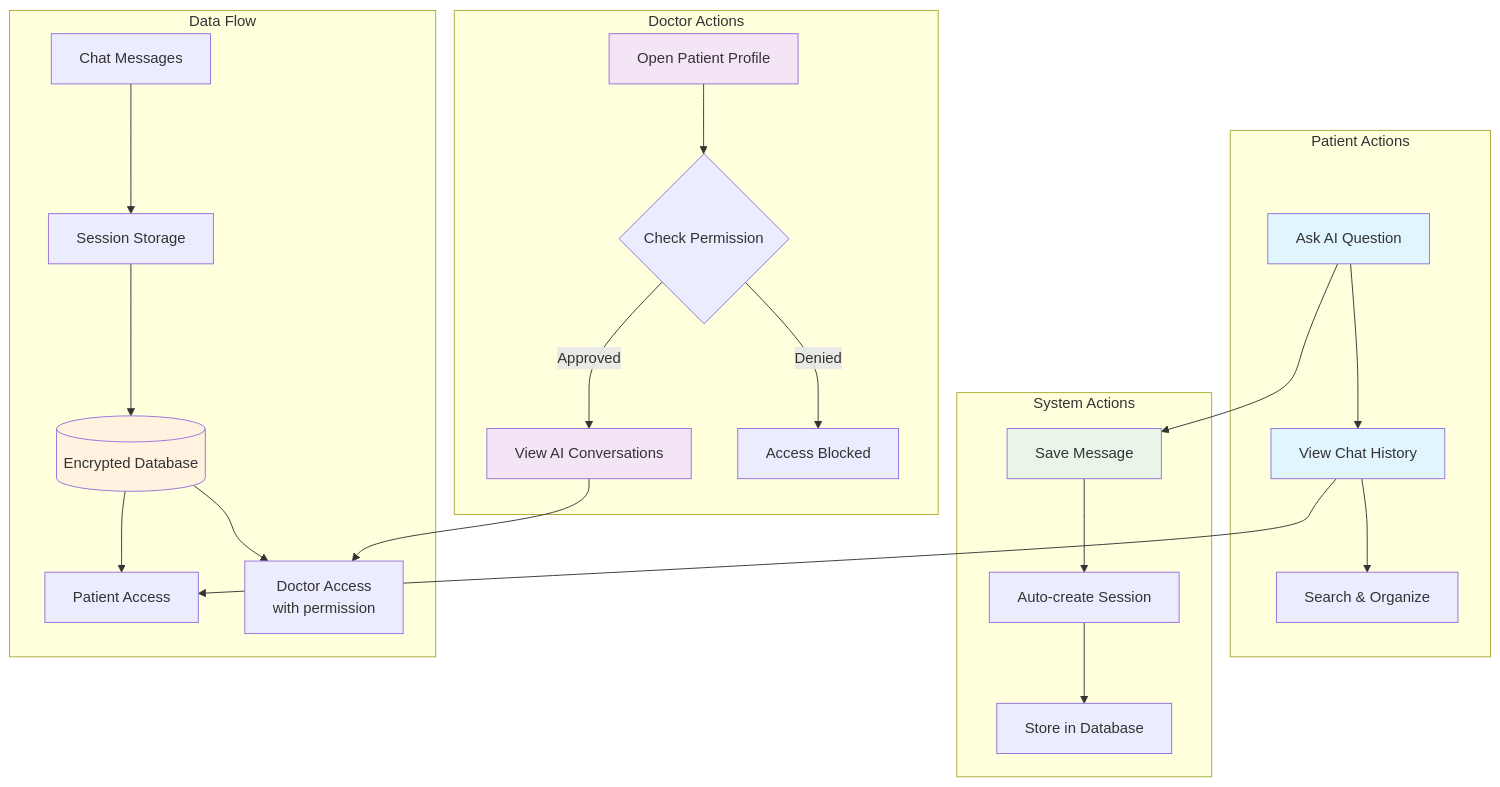
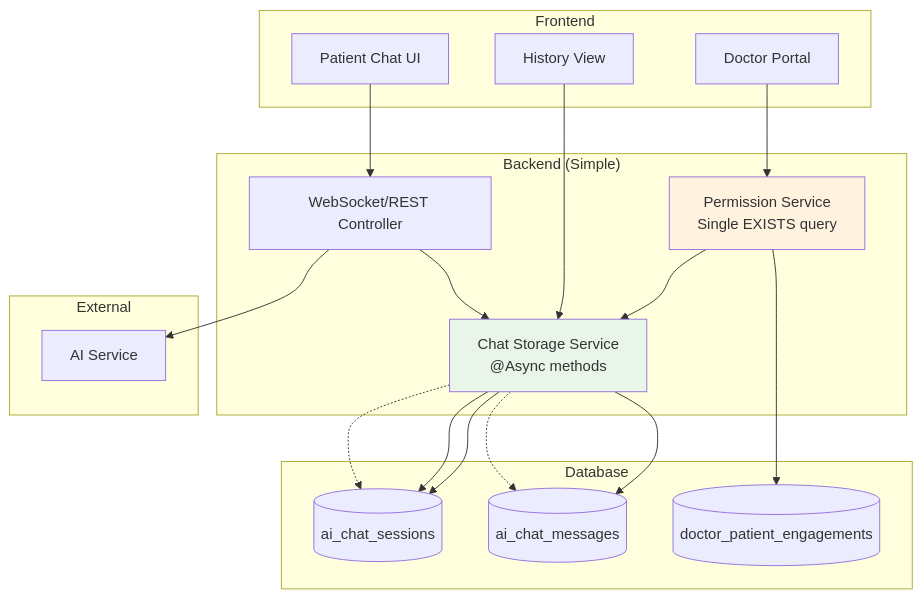
The fourth of 4 diagrams in backend/backend/docs/api/AI Chat History.md (Abdallah-A-Raafat/Nuralhealer), drawn with Mermaid before and after one commit. The commit also changed other lines of this file and 13 other files, not shown here.

First line of the commit message:
Release v2.0.0: AI chat history & docs all md files are uptodate

````diff
--- a/backend/backend/docs/api/AI Chat History.md
+++ b/backend/backend/docs/api/AI Chat History.md
@@ -118,36 +125,42 @@
 ```mermaid
 flowchart TD
-    subgraph "Patient Actions"
-        P1[Ask AI Question] --> P2[View Chat History]
-        P2 --> P3[Search & Organize]
+    subgraph "Frontend"
+        P1[Patient Chat UI]
+        P2[History View]
+        D1[Doctor Portal]
     end
     
-    subgraph "System Actions"
-        S1[Save Message] --> S2[Auto-create Session]
-        S2 --> S3[Store in Database]
+    subgraph "Backend (Simple)"
+        B1[WebSocket/REST Controller]
+        B2[Chat Storage Service<br>@Async methods]
+        B3[Permission Service<br>Single EXISTS query]
     end
     
-    subgraph "Doctor Actions"
-        D1[Open Patient Profile] --> D2{Check Permission}
-        D2 -->|Approved| D3[View AI Conversations]
-        D2 -->|Denied| D4[Access Blocked]
+    subgraph "Database"
+        DB1[(ai_chat_sessions)]
+        DB2[(ai_chat_messages)]
+        DB3[(doctor_patient_engagements)]
     end
     
-    subgraph "Data Flow"
-        F1[Chat Messages] --> F2[Session Storage]
-        F2 --> F3[(Encrypted Database)]
-        F3 --> F4[Patient Access]
-        F3 --> F5[Doctor Access<br>with permission]
+    subgraph "External"
+        E1[AI Service]
     end
     
-    P1 --> S1
-    P2 --> F4
-    D3 --> F5
+    P1 --> B1
+    B1 --> B2
+    B2 -.-> DB2
+    B2 -.-> DB1
+    B1 --> E1
     
-    style P1 fill:#e1f5fe
-    style P2 fill:#e1f5fe
-    style D1 fill:#f3e5f5
-    style D3 fill:#f3e5f5
-    style S1 fill:#e8f5e8
-    style F3 fill:#fff3e0
+    P2 --> B2
+    B2 --> DB1
+    B2 --> DB2
+    
+    D1 --> B3
+    B3 --> DB3
+    B3 --> B2
+    B2 --> DB1
+    
+    style B2 fill:#e8f5e8
+    style B3 fill:#fff3e0
 ```
````
